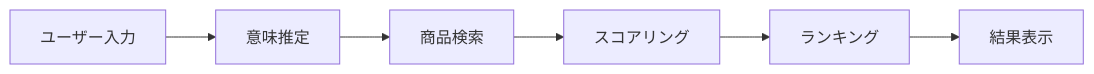
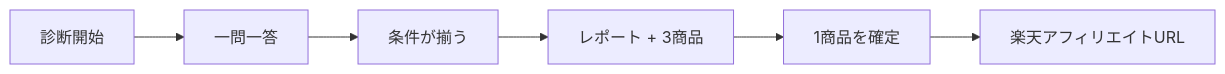
One commit to ryo-chan-k6/GiftRecommendAPP_MVP_CYCLE_3 changed the first of 2 diagrams in docs/01_事業構想/MVPスコープ定義書.md. Above: the diagram before and after it, drawn with Mermaid. The commit also changed other lines of this file and 8 other files, not shown here.

````diff
--- a/docs/01_事業構想/MVPスコープ定義書.md
+++ b/docs/01_事業構想/MVPスコープ定義書.md
@@ -74,8 +114,8 @@
-```mermaid id="q7xn4r"
+```mermaid
 flowchart LR
-    A[ユーザー入力] --> B[意味推定]
-    B --> C[商品検索]
-    C --> D[スコアリング]
-    D --> E[ランキング]
-    E --> F[結果表示]
+    A[診断開始] --> B[一問一答]
+    B --> C[条件が揃う]
+    C --> D[レポート + 3商品]
+    D --> E[1商品を確定]
+    E --> F[楽天アフィリエイトURL]
 ```
````
